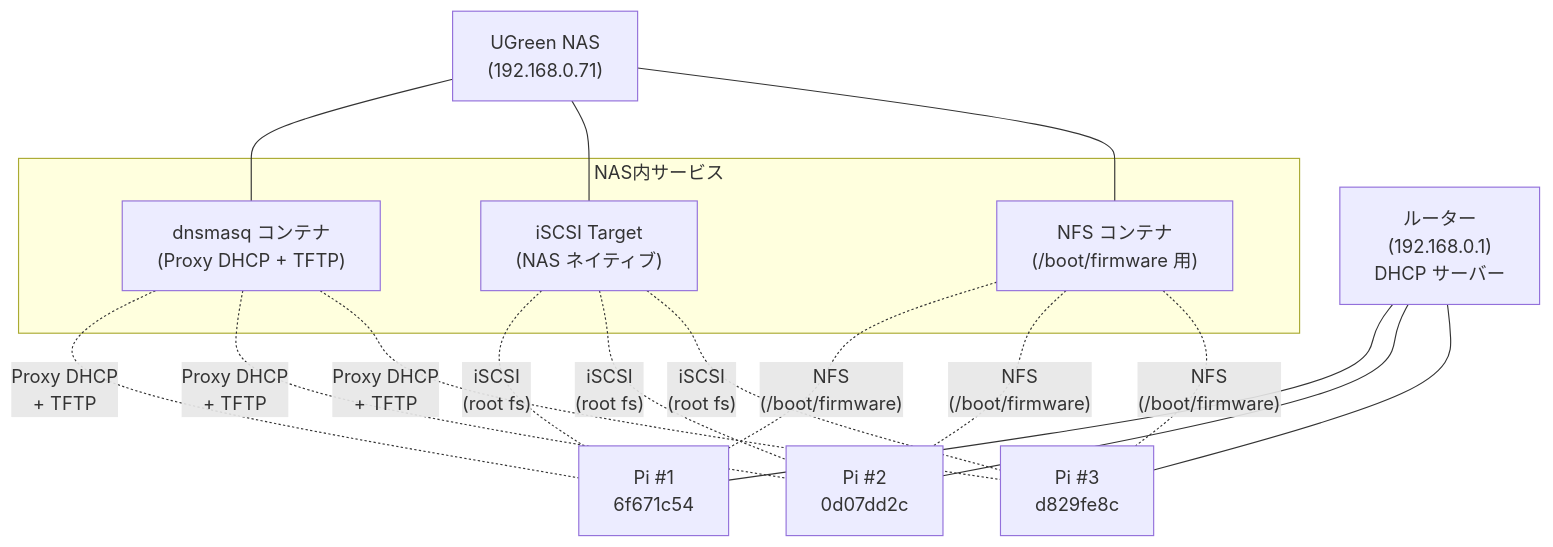
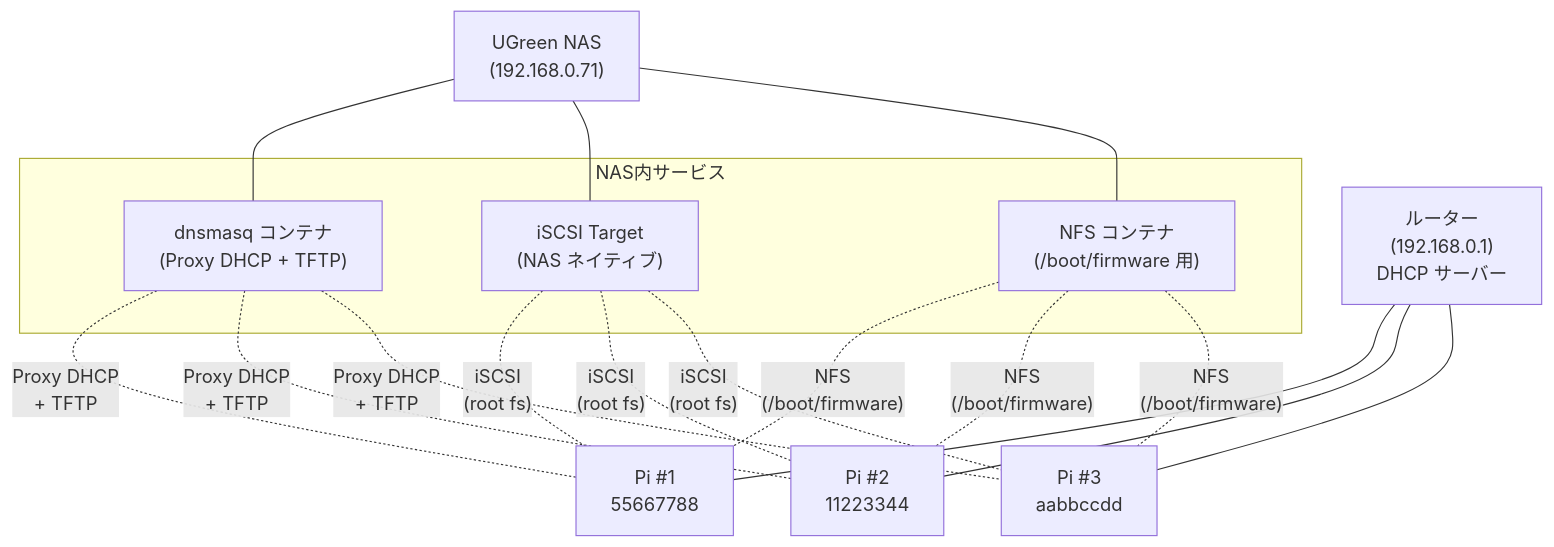
The first of 2 diagrams in articles/raspberry-pi-pxe-iscsi-boot.md (korosuke613/zenn-articles), drawn with Mermaid before and after one commit. The commit also changed other lines of this file and 1 other file, not shown here.

````diff
--- a/articles/raspberry-pi-pxe-iscsi-boot.md
+++ b/articles/raspberry-pi-pxe-iscsi-boot.md
@@ -65,21 +70,21 @@
 ```mermaid
 graph TB
     Router["ルーター<br/>(192.168.0.1)<br/>DHCP サーバー"]
     NAS["UGreen NAS<br/>(192.168.0.71)"]
 
     subgraph NAS内サービス
         dnsmasq["dnsmasq コンテナ<br/>(Proxy DHCP + TFTP)"]
         iscsi["iSCSI Target<br/>(NAS ネイティブ)"]
         nfs["NFS コンテナ<br/>(/boot/firmware 用)"]
     end
 
-    Pi1["Pi #1<br/>6f671c54"]
-    Pi2["Pi #2<br/>0d07dd2c"]
-    Pi3["Pi #3<br/>d829fe8c"]
+    Pi1["Pi #1<br/>55667788"]
+    Pi2["Pi #2<br/>11223344"]
+    Pi3["Pi #3<br/>aabbccdd"]
 
     Router --- Pi1 & Pi2 & Pi3
     NAS --- dnsmasq & iscsi & nfs
     dnsmasq -. "Proxy DHCP<br/>+ TFTP" .- Pi1 & Pi2 & Pi3
     iscsi -. "iSCSI<br/>(root fs)" .- Pi1 & Pi2 & Pi3
     nfs -. "NFS<br/>(/boot/firmware)" .- Pi1 & Pi2 & Pi3
 ```
````
